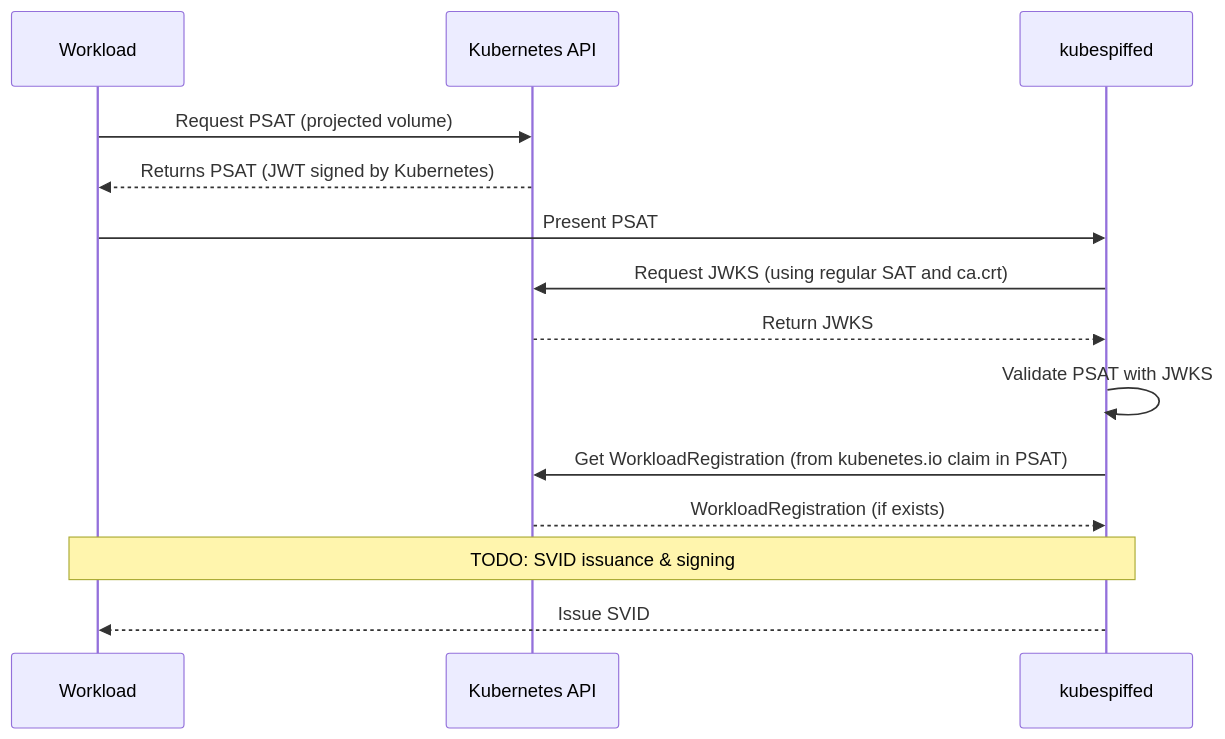
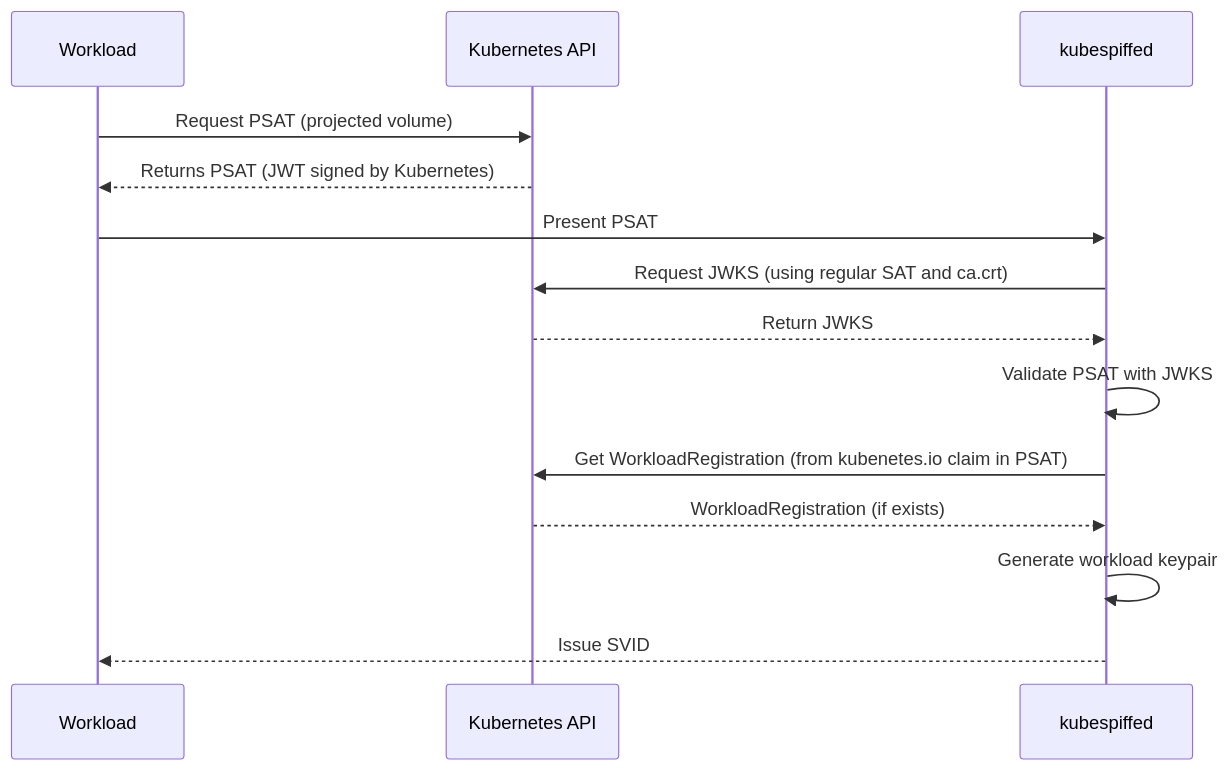
One commit to jsnctl/kubespiffe changed the diagram in README.md. Above: the diagram before and after it, drawn with Mermaid.

Commit message:
Adjust sequence diagram

````diff
--- a/README.md
+++ b/README.md
@@ -22,20 +22,20 @@
 ```mermaid
 sequenceDiagram
     participant W as Workload
     participant K8S as Kubernetes API
     participant KS as kubespiffed
 
     W->>K8S: Request PSAT (projected volume)
     K8S-->>W: Returns PSAT (JWT signed by Kubernetes)
     
     W->>KS: Present PSAT
     KS->>K8S: Request JWKS (using regular SAT and ca.crt)
     K8S-->>KS: Return JWKS
     KS->>KS: Validate PSAT with JWKS
 
     KS->>K8S: Get WorkloadRegistration (from kubenetes.io claim in PSAT)
     K8S-->>KS: WorkloadRegistration (if exists)
-
-    Note over KS,W: TODO: SVID issuance & signing 
+    
+    KS->>KS: Generate workload keypair
     KS-->>W: Issue SVID
 ```
````
